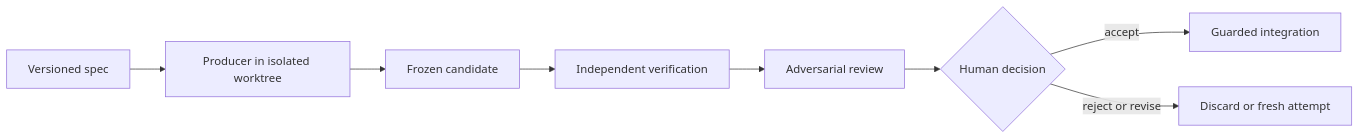
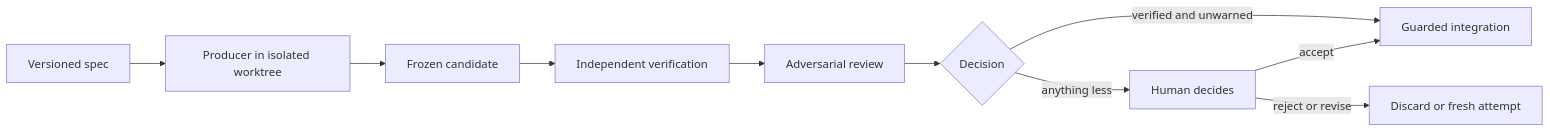
One commit to Pythoughts-labs/claude-architect changed the diagram in README.md. Above: the diagram before and after it, drawn with Mermaid. The commit also changed other lines of this file and 6 other files, not shown here.

````diff
--- a/README.md
+++ b/README.md
@@ -36,10 +36,12 @@
 ```mermaid
 flowchart LR
     A[Versioned spec] --> B[Producer in isolated worktree]
     B --> C[Frozen candidate]
     C --> D[Independent verification]
     D --> E[Adversarial review]
-    E --> F{Human decision}
-    F -->|accept| G[Guarded integration]
-    F -->|reject or revise| H[Discard or fresh attempt]
+    E --> F{Decision}
+    F -->|verified and unwarned| G[Guarded integration]
+    F -->|anything less| I[Human decides]
+    I -->|accept| G
+    I -->|reject or revise| H[Discard or fresh attempt]
 ```
````
